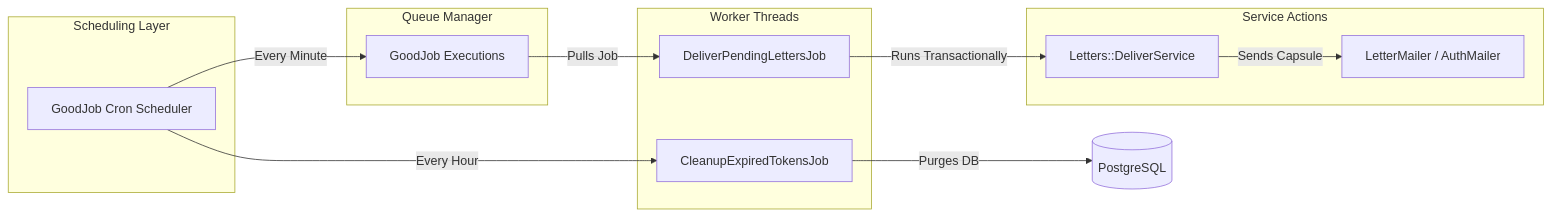
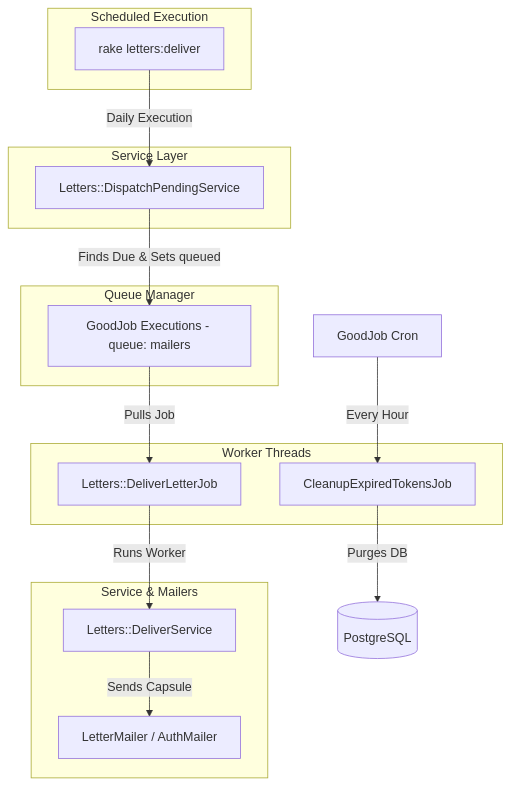
The fifth of 6 diagrams in docs/architecture.md (nmenag/time_echo), drawn with Mermaid before and after one commit. The commit also changed other lines of this file and 158 other files, not shown here.

````diff
--- a/docs/architecture.md
+++ b/docs/architecture.md
@@ -292,28 +297,33 @@
 ```mermaid
-graph LR
-    subgraph Trigger [Scheduling Layer]
-        Cron[GoodJob Cron Scheduler]
+graph TD
+    subgraph Trigger [Scheduled Execution]
+        RakeTask[rake letters:deliver]
+    end
+
+    subgraph Dispatcher [Service Layer]
+        DS[Letters::DispatchPendingService]
     end
 
     subgraph GoodJob [Queue Manager]
-        Ready[GoodJob Executions]
+        Ready[GoodJob Executions - queue: mailers]
     end
 
     subgraph Workers [Worker Threads]
-        DelJob[DeliverPendingLettersJob]
+        DelJob[Letters::DeliverLetterJob]
         ClClean[CleanupExpiredTokensJob]
     end
 
-    subgraph Execution [Service Actions]
-        DS[Letters::DeliverService]
+    subgraph Execution [Service & Mailers]
+        DelService[Letters::DeliverService]
         SMTP[LetterMailer / AuthMailer]
     end
 
-    Cron -->|Every Minute| Ready
+    RakeTask -->|Daily Execution| DS
+    DS -->|Finds Due & Sets queued| Ready
     Ready -->|Pulls Job| DelJob
-    DelJob -->|Runs Transactionally| DS
-    DS -->|Sends Capsule| SMTP
-    
-    Cron -->|Every Hour| ClClean
+    DelJob -->|Runs Worker| DelService
+    DelService -->|Sends Capsule| SMTP
+
+    Cron[GoodJob Cron] -->|Every Hour| ClClean
     ClClean -->|Purges DB| PG[(PostgreSQL)]
 ```
````
